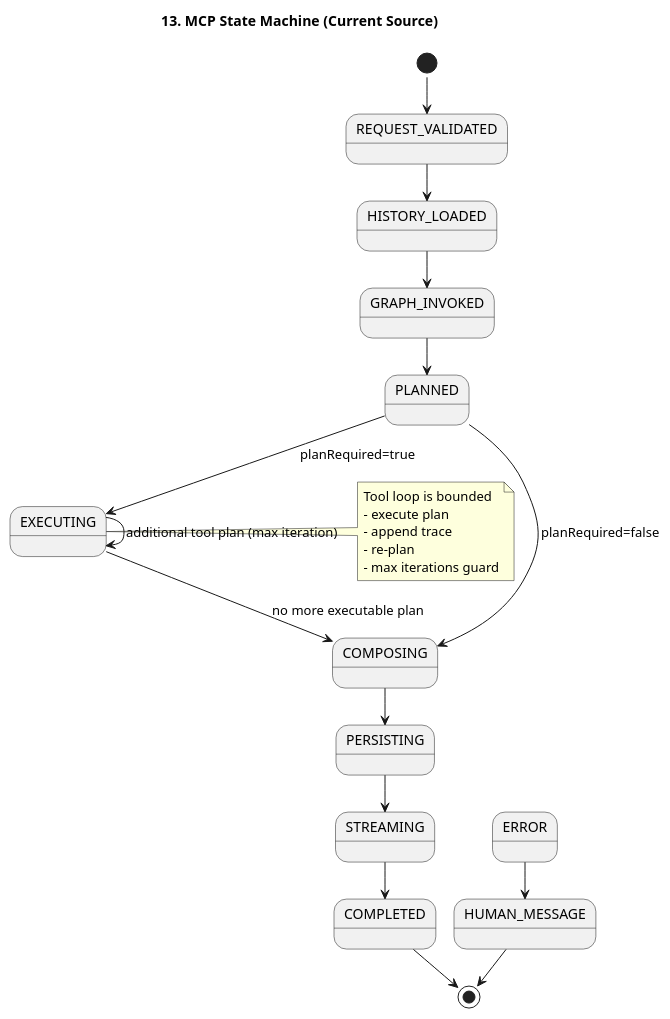
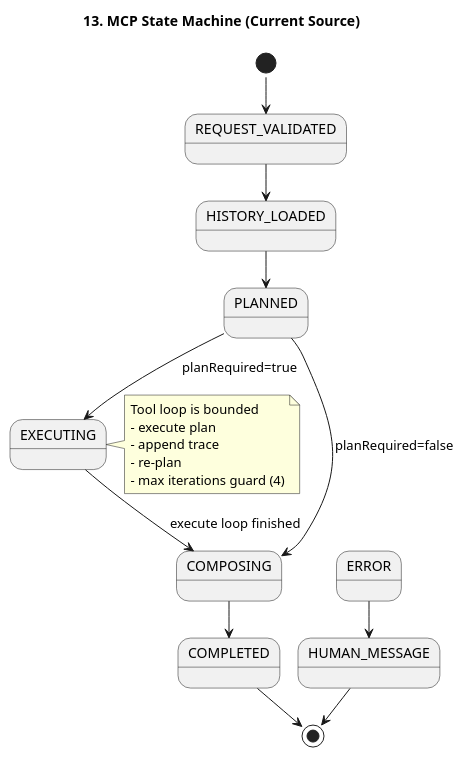
Before and after one commit to kim57uak/spring-ai: the diagram in documents/mcp-orchestrator-architecture/13-mcp-state-machine.puml, drawn with PlantUML. The commit also changed 16 other files, not shown here.

Commit message:
docs: sync architecture docs with current source

```diff
--- a/documents/mcp-orchestrator-architecture/13-mcp-state-machine.puml
+++ b/documents/mcp-orchestrator-architecture/13-mcp-state-machine.puml
@@ -1,34 +1,30 @@
 @startuml
 !pragma layout smetana
 title 13. MCP State Machine (Current Source)
 
 skinparam shadowing false
 
 [*] --> REQUEST_VALIDATED
 REQUEST_VALIDATED --> HISTORY_LOADED
-HISTORY_LOADED --> GRAPH_INVOKED
-GRAPH_INVOKED --> PLANNED
+HISTORY_LOADED --> PLANNED
 
 PLANNED --> EXECUTING : planRequired=true
 PLANNED --> COMPOSING : planRequired=false
 
-EXECUTING --> EXECUTING : additional tool plan (max iteration)
-EXECUTING --> COMPOSING : no more executable plan
+EXECUTING --> COMPOSING : execute loop finished
 
-COMPOSING --> PERSISTING
-PERSISTING --> STREAMING
-STREAMING --> COMPLETED
+COMPOSING --> COMPLETED
 
 COMPLETED --> [*]
 HUMAN_MESSAGE --> [*]
 ERROR --> HUMAN_MESSAGE
 
 note right of EXECUTING
 Tool loop is bounded
 - execute plan
 - append trace
 - re-plan
-- max iterations guard
+- max iterations guard (4)
 end note
 
 @enduml
```
